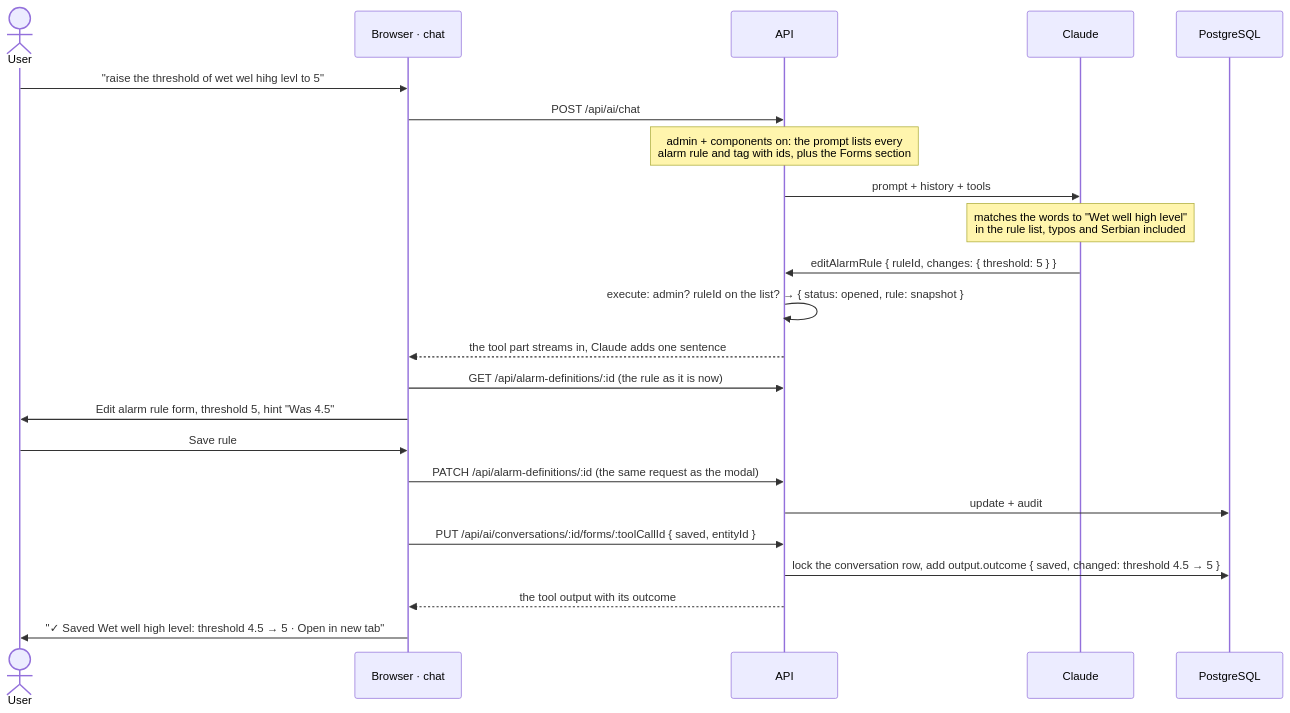
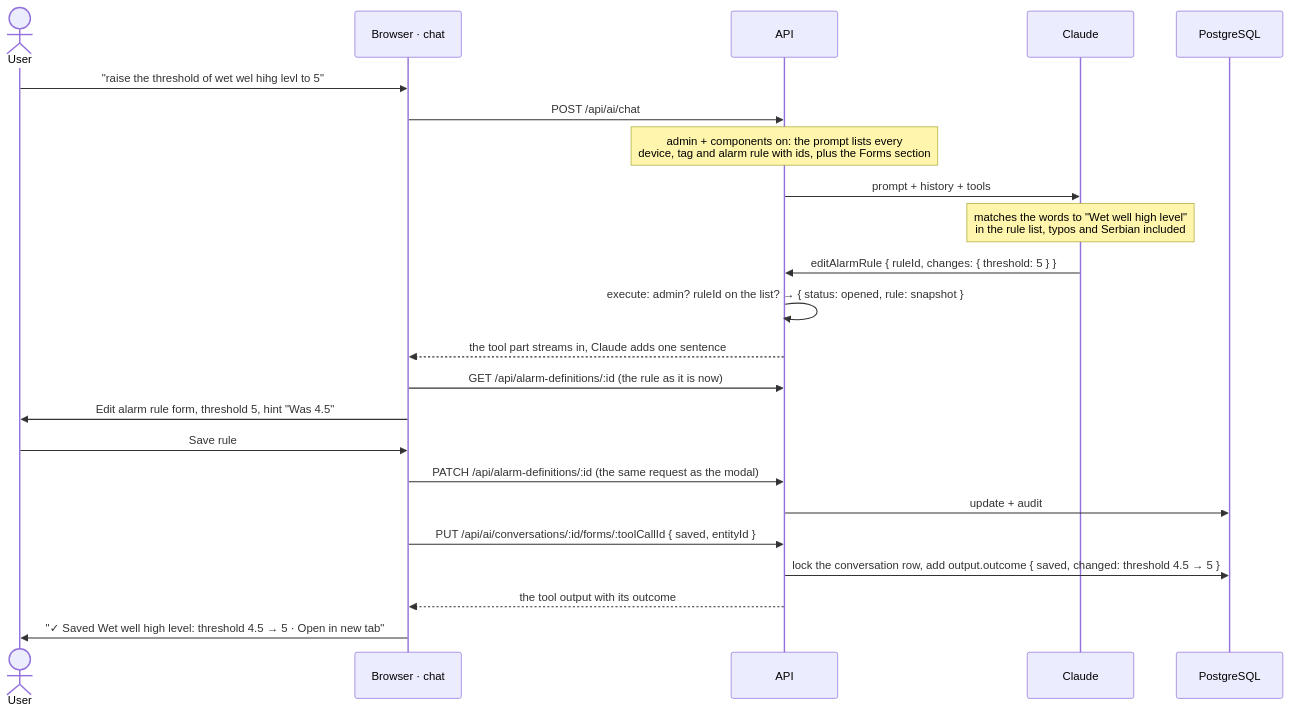
One commit to Slaven1996/gen_ui changed the fourth of 4 diagrams in docs/ai-assistant-flow.md. Above: the diagram before and after it, drawn with Mermaid. The commit also changed other lines of this file and 12 other files, not shown here.

````diff
--- a/docs/ai-assistant-flow.md
+++ b/docs/ai-assistant-flow.md
@@ -206,26 +210,26 @@
 ```mermaid
 sequenceDiagram
   actor User
   participant Chat as Browser · chat
   participant API as API
   participant Claude
   participant DB as PostgreSQL
 
   User->>Chat: "raise the threshold of wet wel hihg levl to 5"
   Chat->>API: POST /api/ai/chat
-  Note over API: admin + components on: the prompt lists every<br/>alarm rule and tag with ids, plus the Forms section
+  Note over API: admin + components on: the prompt lists every<br/>device, tag and alarm rule with ids, plus the Forms section
   API->>Claude: prompt + history + tools
   Note over Claude: matches the words to "Wet well high level"<br/>in the rule list, typos and Serbian included
   Claude->>API: editAlarmRule { ruleId, changes: { threshold: 5 } }
   API->>API: execute: admin? ruleId on the list? → { status: opened, rule: snapshot }
   API-->>Chat: the tool part streams in, Claude adds one sentence
   Chat->>API: GET /api/alarm-definitions/:id (the rule as it is now)
   Chat->>User: Edit alarm rule form, threshold 5, hint "Was 4.5"
   User->>Chat: Save rule
   Chat->>API: PATCH /api/alarm-definitions/:id (the same request as the modal)
   API->>DB: update + audit
   Chat->>API: PUT /api/ai/conversations/:id/forms/:toolCallId { saved, entityId }
   API->>DB: lock the conversation row, add output.outcome { saved, changed: threshold 4.5 → 5 }
   API-->>Chat: the tool output with its outcome
   Chat->>User: "✓ Saved Wet well high level: threshold 4.5 → 5 · Open in new tab"
 ```
````
